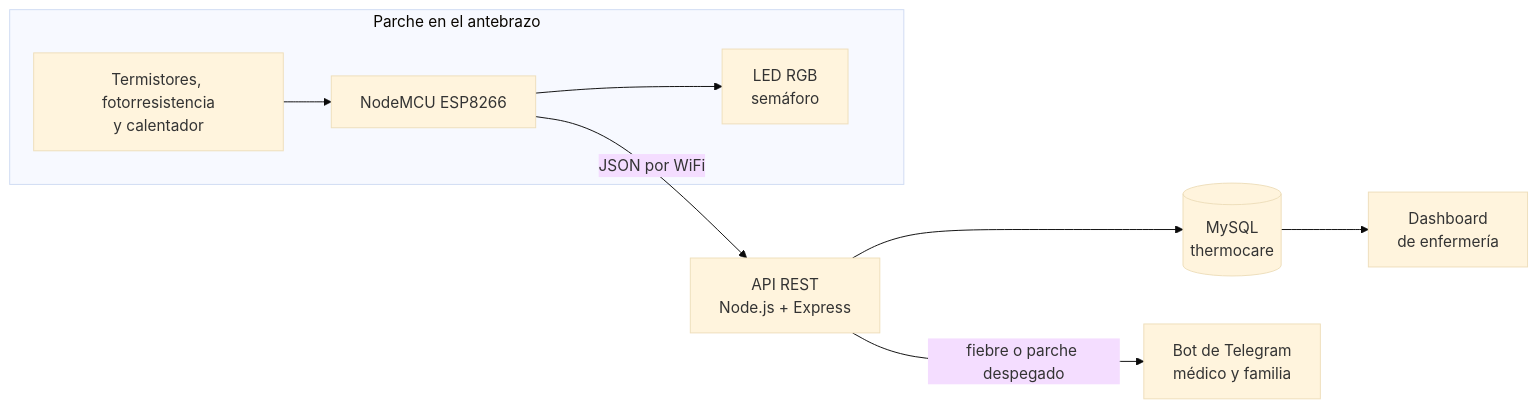
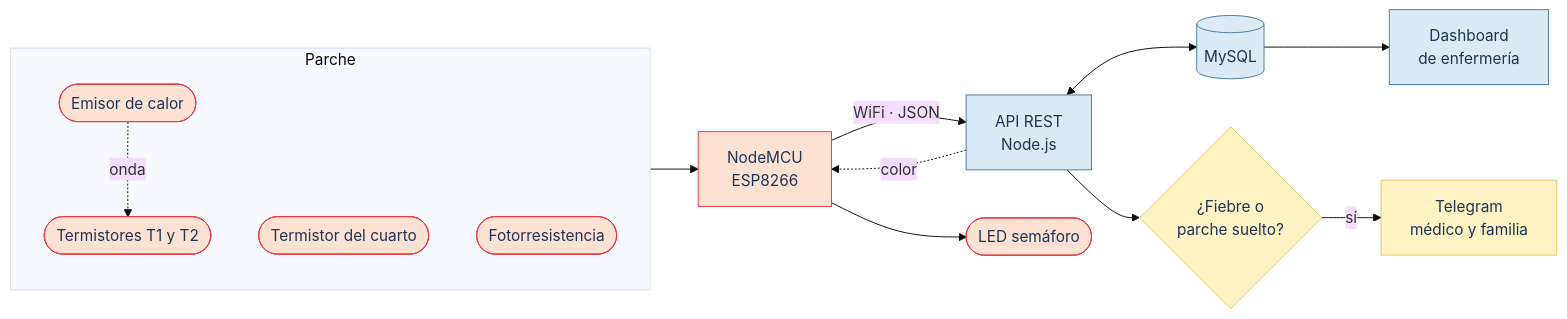
One commit to Fedlui/TermoCare changed the first of 3 diagrams in README.md. Above: the diagram before and after it, drawn with Mermaid (base theme). The commit also changed other lines of this file and 3 other files, not shown here.

````diff
--- a/README.md
+++ b/README.md
@@ -29,11 +46,24 @@
 ```mermaid
 flowchart LR
-    subgraph Parche["Parche en el antebrazo"]
-        S["Termistores, fotorresistencia<br/>y calentador"] --> N["NodeMCU ESP8266"]
-        N --> L["LED RGB<br/>semáforo"]
+    subgraph P[" Parche "]
+        direction TB
+        E(["Emisor de calor"]) -.onda.-> R(["Termistores T1 y T2"])
+        C(["Termistor del cuarto"])
+        L(["Fotorresistencia"])
     end
-    N -- "JSON por WiFi" --> A["API REST<br/>Node.js + Express"]
-    A --> D[("MySQL<br/>thermocare")]
-    A -- "fiebre o parche despegado" --> T["Bot de Telegram<br/>médico y familia"]
+    P --> N["NodeMCU<br/>ESP8266"]
+    N -- "WiFi · JSON" --> A["API REST<br/>Node.js"]
+    A <--> D[("MySQL")]
+    A --> S{"¿Fiebre o<br/>parche suelto?"}
+    S -- sí --> T["Telegram<br/>médico y familia"]
     D --> G["Dashboard<br/>de enfermería"]
+    A -. color .-> N
+    N --> RGB(["LED semáforo"])
+
+    classDef hw fill:#fde2d4,stroke:#e63946,color:#1d3557
+    classDef sw fill:#dbeaf5,stroke:#457b9d,color:#1d3557
+    classDef al fill:#fff3c4,stroke:#e9c46a,color:#1d3557
+    class E,R,C,L,N,RGB hw
+    class A,D,G sw
+    class S,T al
 ```
````
